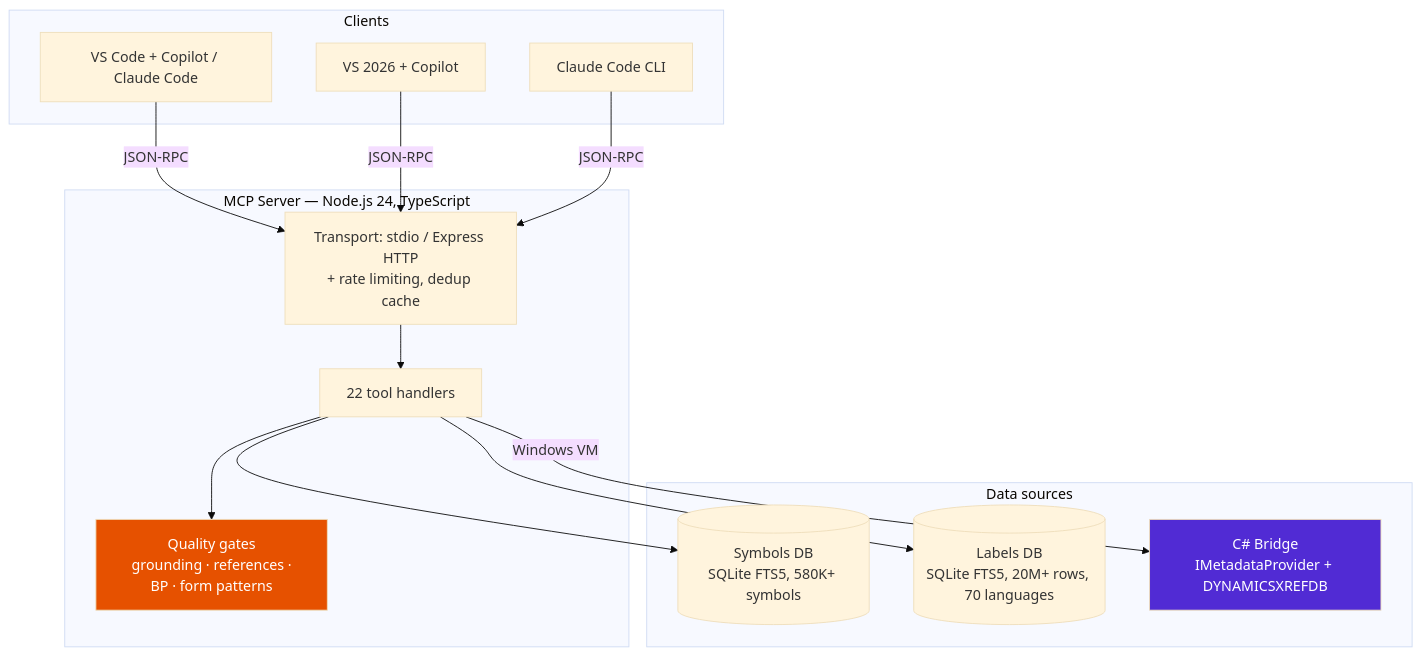
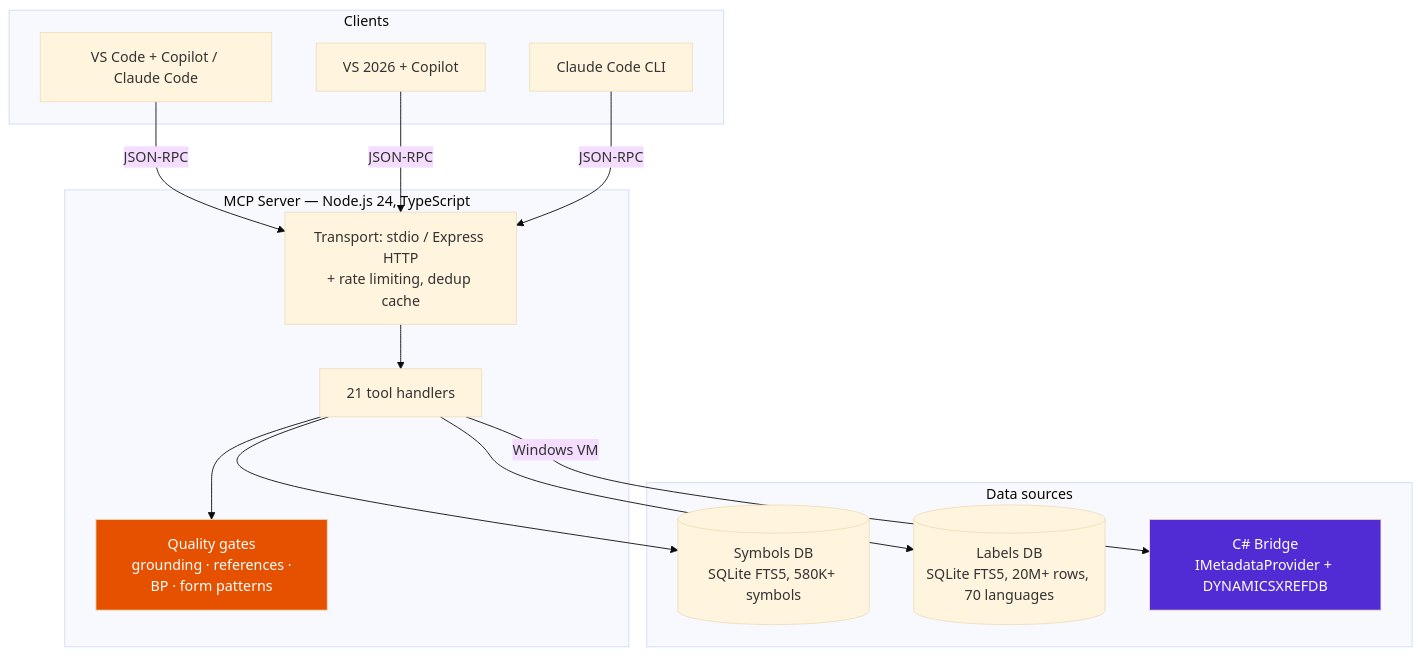
The first of 6 diagrams in docs/ARCHITECTURE.md (DavideWasTaken/d365fo-mcp-server), drawn with Mermaid (base theme) before and after one commit. The commit also changed other lines of this file and 95 other files, not shown here.

````diff
--- a/docs/ARCHITECTURE.md
+++ b/docs/ARCHITECTURE.md
@@ -9,28 +9,28 @@
 ```mermaid
 graph TB
     subgraph Clients
         VSC[VS Code + Copilot / Claude Code]
         VS[VS 2026 + Copilot]
         CC[Claude Code CLI]
     end
 
     subgraph "MCP Server — Node.js 24, TypeScript"
         TRANSPORT[Transport: stdio / Express HTTP\n+ rate limiting, dedup cache]
-        TOOLS[22 tool handlers]
+        TOOLS[21 tool handlers]
         GATES[Quality gates\n grounding · references · BP · form patterns]
     end
 
     subgraph "Data sources"
         DB[(Symbols DB\nSQLite FTS5, 580K+ symbols)]
         LDB[(Labels DB\nSQLite FTS5, 20M+ rows, 70 languages)]
         BRIDGE[C# Bridge\nIMetadataProvider + DYNAMICSXREFDB]
     end
 
     VSC & VS & CC -->|JSON-RPC| TRANSPORT --> TOOLS
     TOOLS --> GATES
     TOOLS --> DB & LDB
     TOOLS -->|Windows VM| BRIDGE
 
     style BRIDGE fill:#512BD4,color:#fff
     style GATES fill:#E65100,color:#fff
 ```
````
